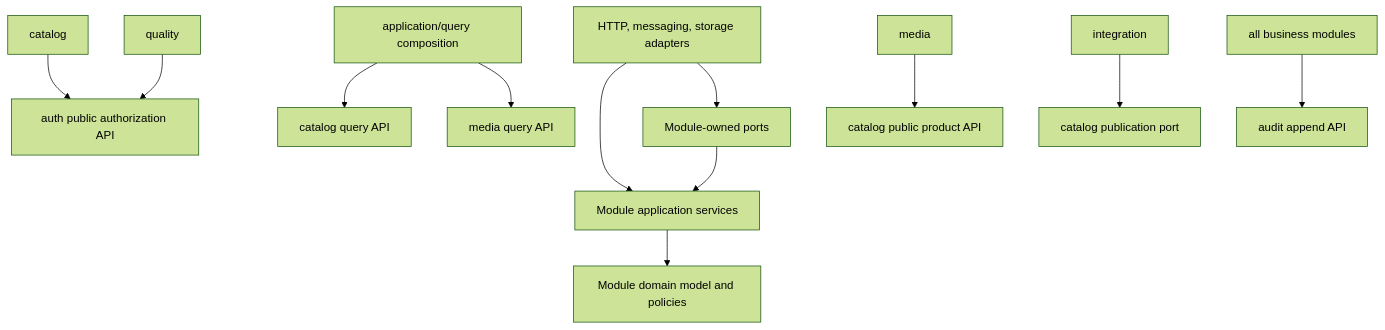
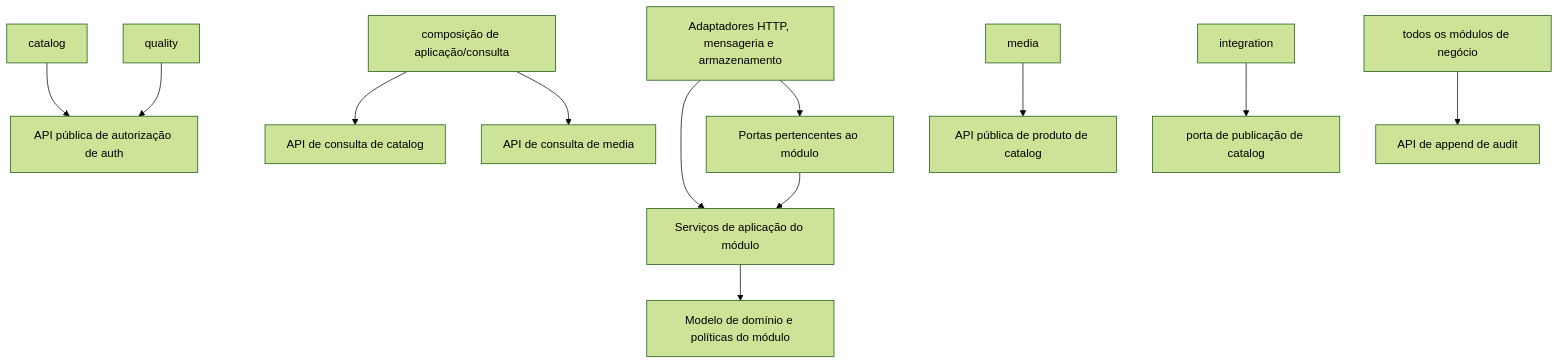
Before and after one commit to SYTEF/AEGIS: the second of 4 diagrams in docs/ARCHITECTURE.md, drawn with Mermaid (forest theme). The commit also changed other lines of this file and 15 other files, not shown here.

````diff
--- a/docs/ARCHITECTURE.md
+++ b/docs/ARCHITECTURE.md
@@ -105,15 +105,15 @@
-```mermaid
+~~~mermaid
 flowchart TD
-    Adapters["HTTP, messaging, storage adapters"] --> App["Module application services"]
-    App --> Domain["Module domain model and policies"]
-    Adapters --> Ports["Module-owned ports"]
+    Adapters["Adaptadores HTTP, mensageria e armazenamento"] --> App["Serviços de aplicação do módulo"]
+    App --> Domain["Modelo de domínio e políticas do módulo"]
+    Adapters --> Ports["Portas pertencentes ao módulo"]
     Ports --> App
 
-    Catalog["catalog"] --> AuthAPI["auth public authorization API"]
-    Composition["application/query composition"] --> CatalogQuery["catalog query API"]
-    Composition --> MediaQuery["media query API"]
-    Media["media"] --> CatalogAPI["catalog public product API"]
-    Integration["integration"] --> CatalogEvents["catalog publication port"]
+    Catalog["catalog"] --> AuthAPI["API pública de autorização de auth"]
+    Composition["composição de aplicação/consulta"] --> CatalogQuery["API de consulta de catalog"]
+    Composition --> MediaQuery["API de consulta de media"]
+    Media["media"] --> CatalogAPI["API pública de produto de catalog"]
+    Integration["integration"] --> CatalogEvents["porta de publicação de catalog"]
     Quality["quality"] --> AuthAPI
-    Modules["all business modules"] --> AuditAPI["audit append API"]
-```
+    Modules["todos os módulos de negócio"] --> AuditAPI["API de append de audit"]
+~~~
````
